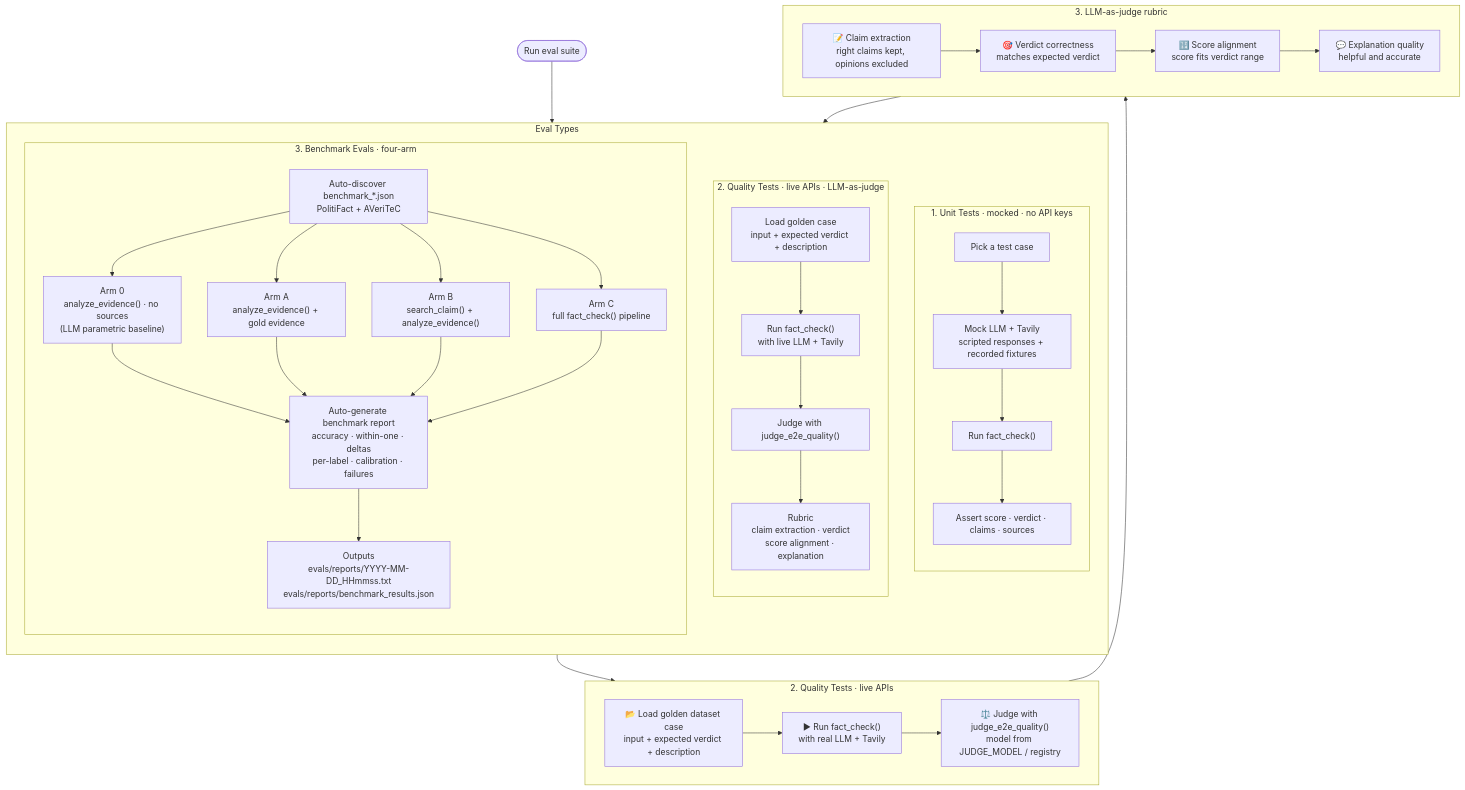
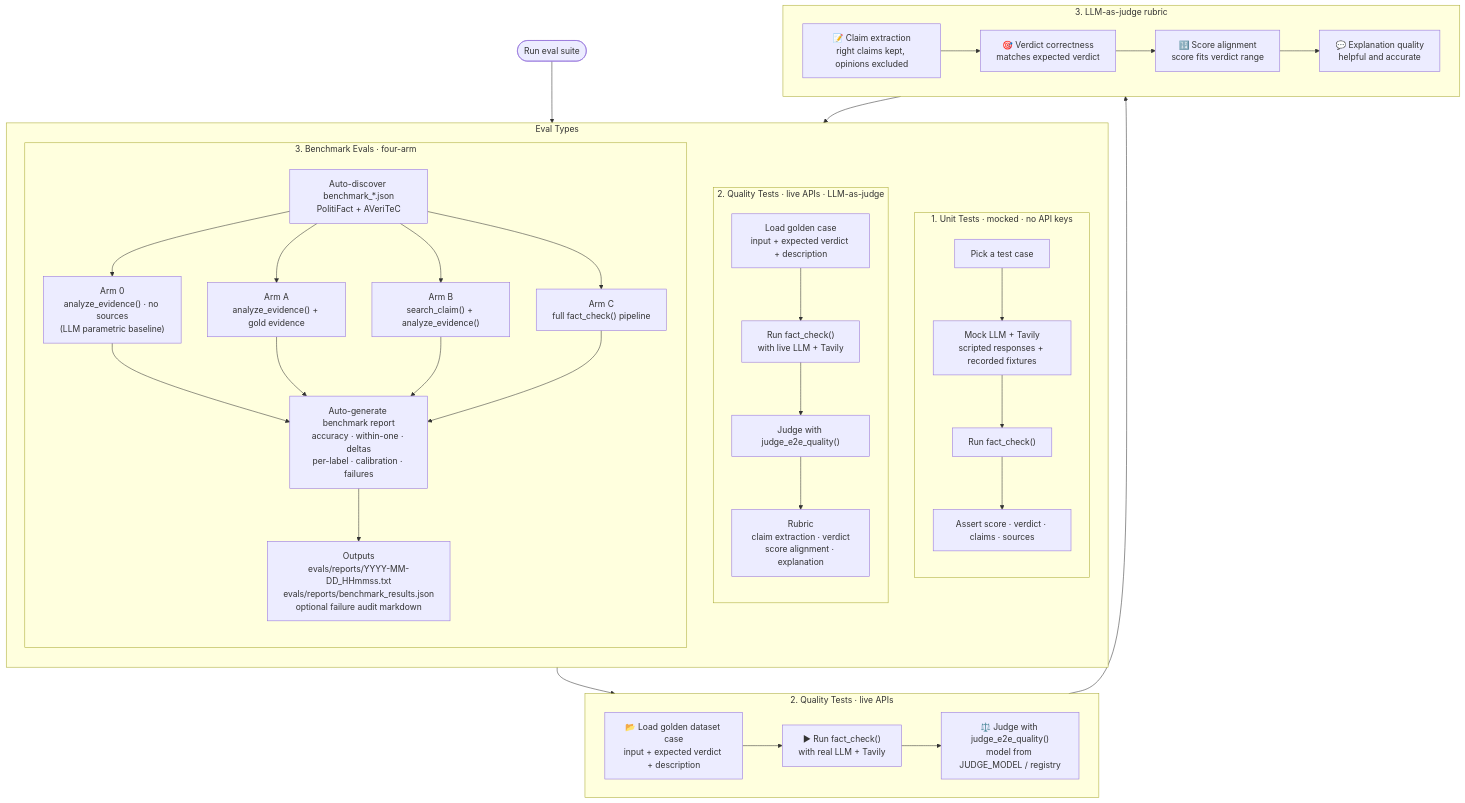
The second of 2 diagrams in README.md (adilliadil/Factify), drawn with Mermaid before and after one commit. The commit also changed other lines of this file and 9 other files, not shown here.

````diff
--- a/README.md
+++ b/README.md
@@ -159,67 +167,67 @@
 ```mermaid
 flowchart TB
     A([Run eval suite]) --> E
 
     subgraph E["Eval Types"]
         direction TB
 
         subgraph U["1. Unit Tests · mocked · no API keys"]
             direction TB
             U1["Pick a test case"]
             U2["Mock LLM + Tavily<br/>scripted responses + recorded fixtures"]
             U3["Run fact_check()"]
             U4["Assert score · verdict · claims · sources"]
             U1 --> U2 --> U3 --> U4
         end
 
         subgraph Q["2. Quality Tests · live APIs · LLM-as-judge"]
             direction TB
             Q1["Load golden case<br/>input + expected verdict + description"]
             Q2["Run fact_check()<br/>with live LLM + Tavily"]
             Q3["Judge with judge_e2e_quality()"]
             Q4["Rubric<br/>claim extraction · verdict<br/>score alignment · explanation"]
             Q1 --> Q2 --> Q3 --> Q4
         end
 
         subgraph B["3. Benchmark Evals · four-arm"]
             direction TB
             B0["Auto-discover benchmark_*.json<br/>PolitiFact + AVeriTeC"]
             Bb["Arm 0<br/>analyze_evidence() · no sources<br/>(LLM parametric baseline)"]
             B1["Arm A<br/>analyze_evidence() + gold evidence"]
             B2["Arm B<br/>search_claim() + analyze_evidence()"]
             B3["Arm C<br/>full fact_check() pipeline"]
             B4["Auto-generate benchmark report<br/>accuracy · within-one · deltas<br/>per-label · calibration · failures"]
-            B5["Outputs<br/>evals/reports/YYYY-MM-DD_HHmmss.txt<br/>evals/reports/benchmark_results.json"]
+            B5["Outputs<br/>evals/reports/YYYY-MM-DD_HHmmss.txt<br/>evals/reports/benchmark_results.json<br/>optional failure audit markdown"]
             B0 --> Bb
             B0 --> B1
             B0 --> B2
             B0 --> B3
             Bb --> B4
             B1 --> B4
             B2 --> B4
             B3 --> B4
             B4 --> B5
         end
     end
 
     B --> C
 
     subgraph C["2. Quality Tests  ·  live APIs"]
         C1["📂 Load golden dataset case<br/>input + expected verdict + description"]
         C2["▶ Run fact_check()<br/>with real LLM + Tavily"]
         C3["⚖️ Judge with judge_e2e_quality()<br/>model from JUDGE_MODEL / registry"]
         C1 --> C2 --> C3
     end
 
     C --> D
 
     subgraph D["3. LLM-as-judge rubric"]
         D1["📝 Claim extraction<br/>right claims kept, opinions excluded"]
         D2["🎯 Verdict correctness<br/>matches expected verdict"]
         D3["🔢 Score alignment<br/>score fits verdict range"]
         D4["💬 Explanation quality<br/>helpful and accurate"]
         D1 --> D2 --> D3 --> D4
     end
 
     D --> E{Pass?}
 ```
````
